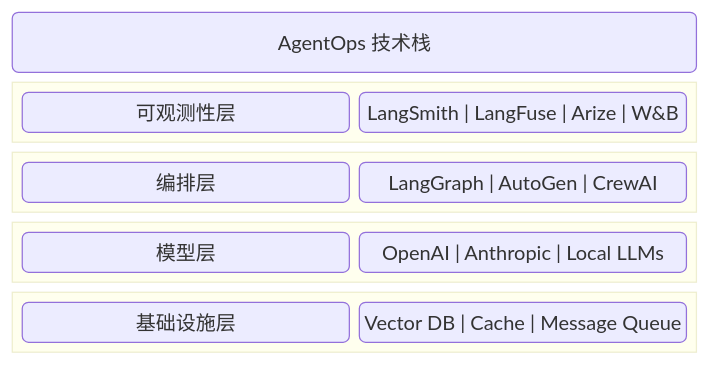
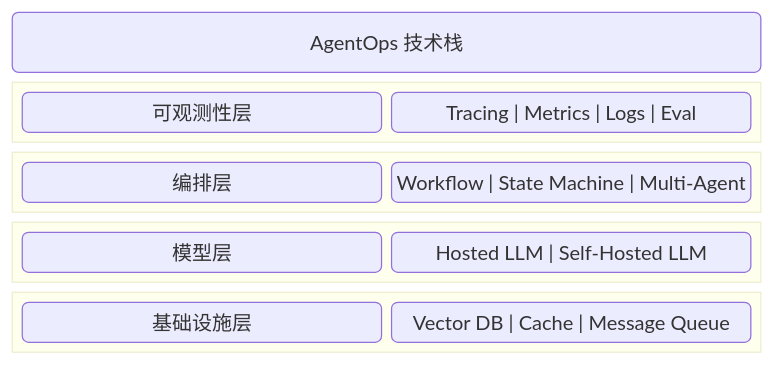
One commit to yeasy/agentic_ai_guide changed the diagram in 09_agentops/README.md. Above: the diagram before and after it, drawn with Mermaid. The commit also changed other lines of this file and 88 other files, not shown here.

````diff
--- a/09_agentops/README.md
+++ b/09_agentops/README.md
@@ -30,21 +29,21 @@
 ```mermaid
 block-beta
     columns 1
     title("AgentOps 技术栈")
     block:L1
         l1_title("可观测性层")
-        l1_desc("LangSmith | LangFuse | Arize | W&B")
+        l1_desc("Tracing | Metrics | Logs | Eval")
     end
     block:L2
         l2_title("编排层")
-        l2_desc("LangGraph | AutoGen | CrewAI")
+        l2_desc("Workflow | State Machine | Multi-Agent")
     end
     block:L3
         l3_title("模型层")
-        l3_desc("OpenAI | Anthropic | Local LLMs")
+        l3_desc("Hosted LLM | Self-Hosted LLM")
     end
     block:L4
         l4_title("基础设施层")
         l4_desc("Vector DB | Cache | Message Queue")
     end
 ```
````
